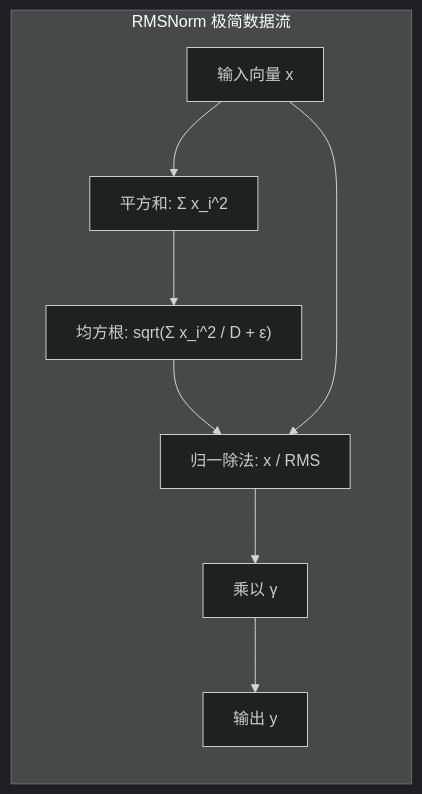
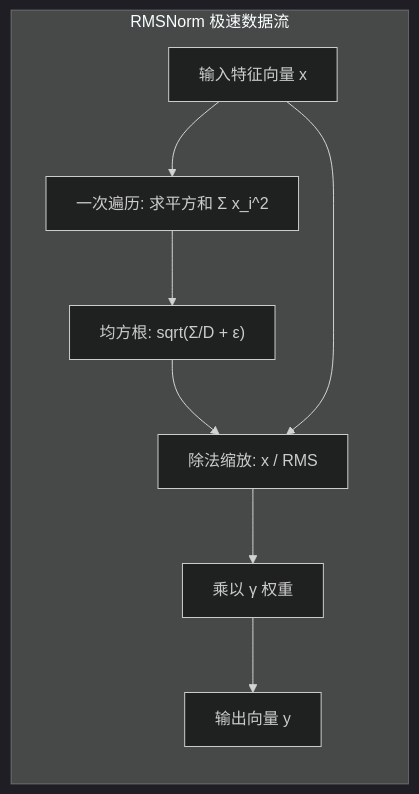
One commit to hqu-little-boy/blog changed the second of 2 diagrams in src/content/posts/dl-operators-04-normalization-layernorm-rmsnorm-guide.md. Above: the diagram before and after it, drawn with Mermaid (dark theme). The commit also changed other lines of this file and 11 other files, not shown here.

````diff
--- a/src/content/posts/dl-operators-04-normalization-layernorm-rmsnorm-guide.md
+++ b/src/content/posts/dl-operators-04-normalization-layernorm-rmsnorm-guide.md
@@ -182,13 +150,13 @@
 ```mermaid
 graph LR
-    subgraph Flow["RMSNorm 极简数据流"]
-        In["输入向量 x"]
-        Square["平方和: Σ x_i^2"]
-        RMS["均方根: sqrt(Σ x_i^2 / D + ε)"]
-        Div["归一除法: x / RMS"]
-        Gamma["乘以 γ"]
-        Out["输出 y"]
+    subgraph Speedup["RMSNorm 极速数据流"]
+        In["输入特征向量 x"]
+        Square["一次遍历: 求平方和 Σ x_i^2"]
+        RMS["均方根: sqrt(Σ/D + ε)"]
+        Div["除法缩放: x / RMS"]
+        Gamma["乘以 γ 权重"]
+        Out["输出向量 y"]
         In --> Square --> RMS --> Div
         In --> Div --> Gamma --> Out
     end
 ```
````
